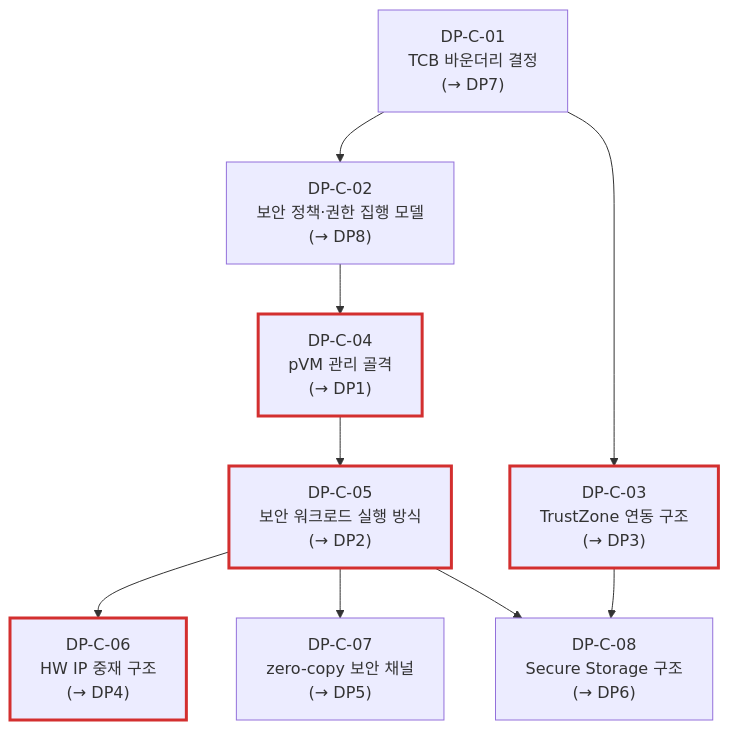
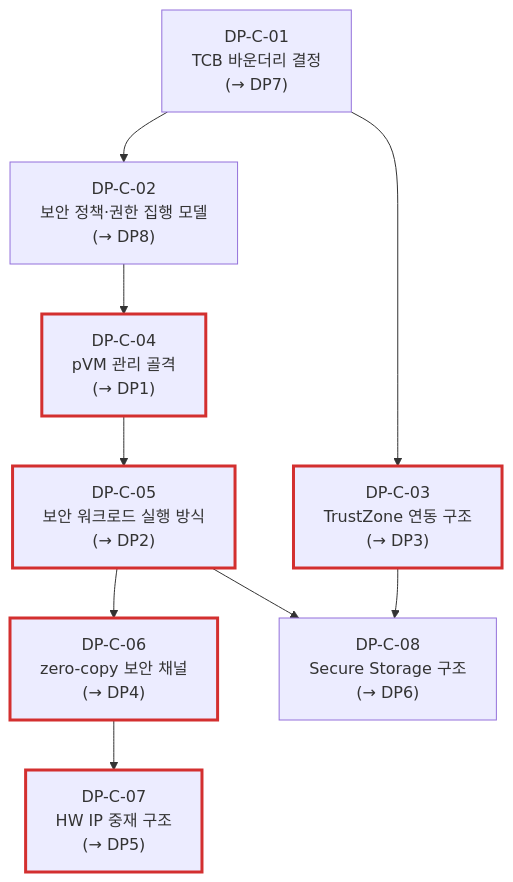
The diagram in docs/05_decision_points.md (boram1288/test-p), drawn with Mermaid before and after one commit. The commit also changed other lines of this file and 10 other files, not shown here.

````diff
--- a/docs/05_decision_points.md
+++ b/docs/05_decision_points.md
@@ -52,23 +52,23 @@
 ```mermaid
 flowchart TD
     DPC01["DP-C-01<br/>TCB 바운더리 결정<br/>(→ DP7)"]
     DPC02["DP-C-02<br/>보안 정책·권한 집행 모델<br/>(→ DP8)"]
     DPC03["DP-C-03<br/>TrustZone 연동 구조<br/>(→ DP3)"]
     DPC04["DP-C-04<br/>pVM 관리 골격<br/>(→ DP1)"]
     DPC05["DP-C-05<br/>보안 워크로드 실행 방식<br/>(→ DP2)"]
-    DPC06["DP-C-06<br/>HW IP 중재 구조<br/>(→ DP4)"]
-    DPC07["DP-C-07<br/>zero-copy 보안 채널<br/>(→ DP5)"]
+    DPC06["DP-C-06<br/>zero-copy 보안 채널<br/>(→ DP4)"]
+    DPC07["DP-C-07<br/>HW IP 중재 구조<br/>(→ DP5)"]
     DPC08["DP-C-08<br/>Secure Storage 구조<br/>(→ DP6)"]
 
     classDef critical stroke:#d32f2f,stroke-width:3px
-    class DPC04,DPC05,DPC06,DPC03 critical
+    class DPC04,DPC05,DPC06,DPC07,DPC03 critical
 
     DPC01 --> DPC02
     DPC01 --> DPC03
     DPC02 --> DPC04
     DPC04 --> DPC05
     DPC05 --> DPC06
-    DPC05 --> DPC07
+    DPC06 --> DPC07
     DPC03 --> DPC08
     DPC05 --> DPC08
 ```
````
